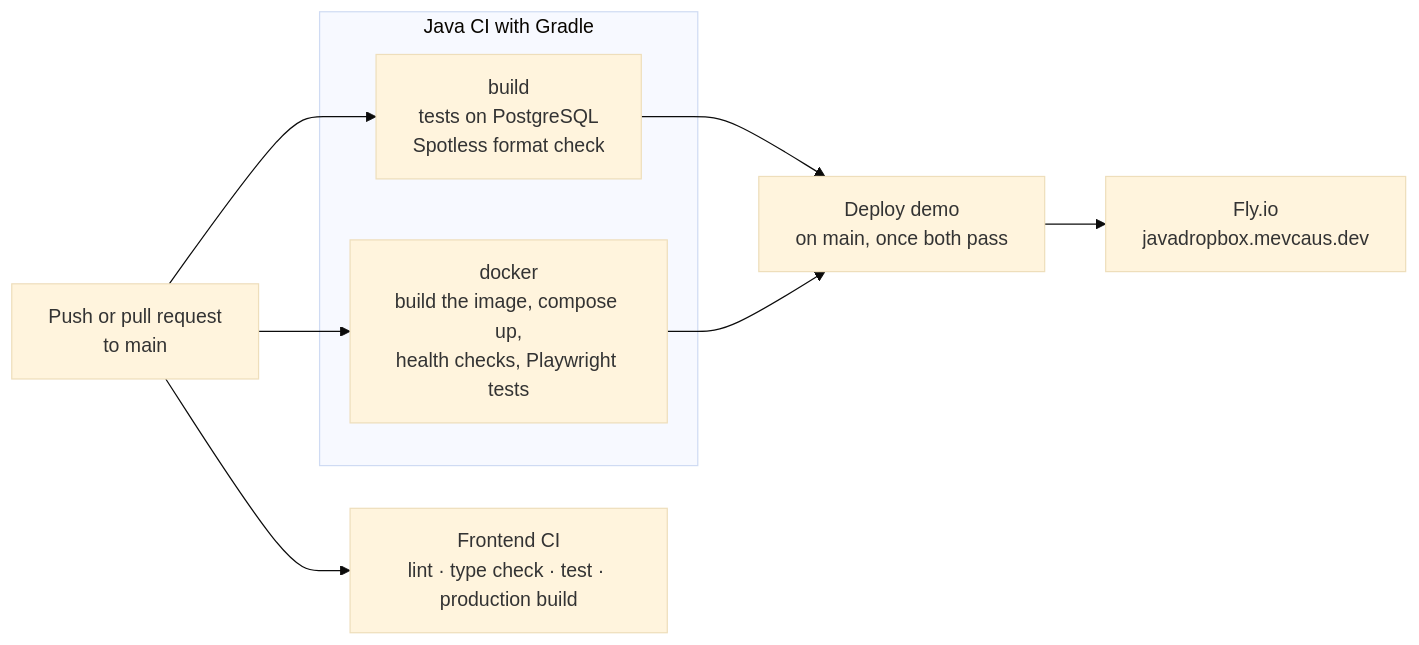
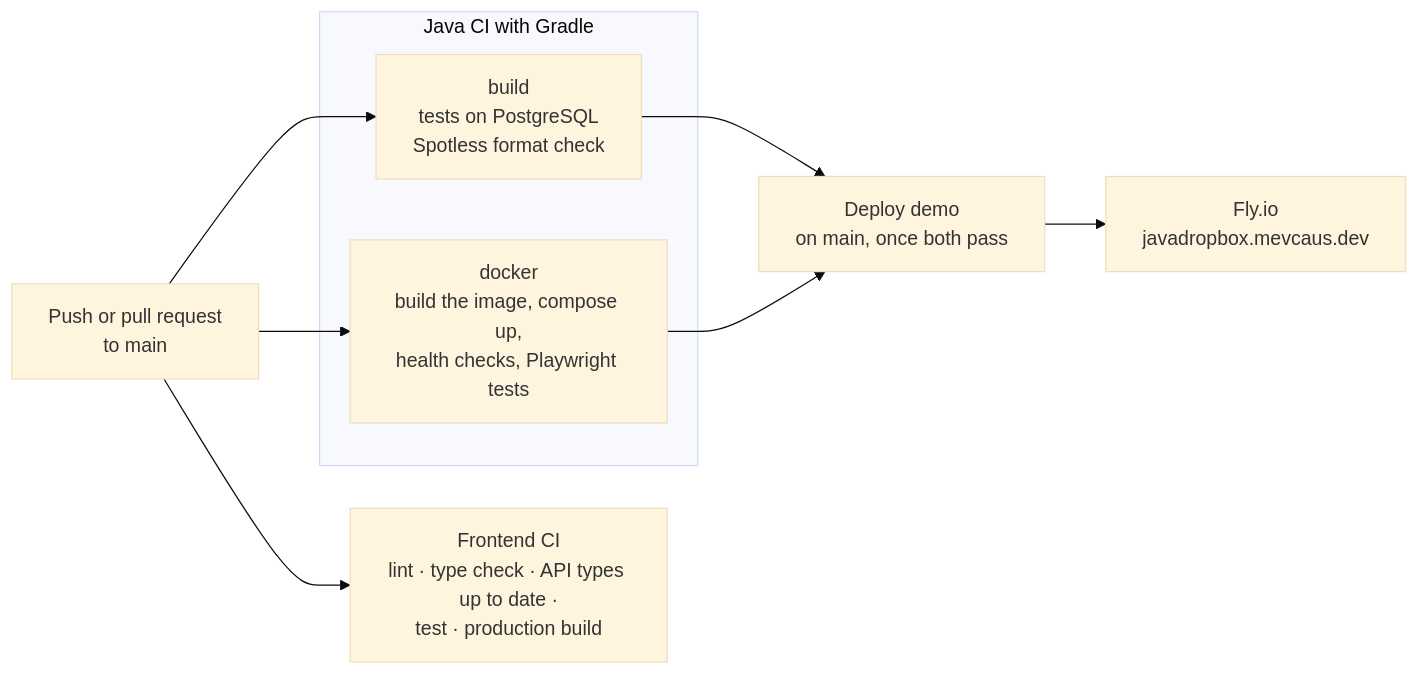
One commit to mevcaus/JavaDropbox changed the sixth of 6 diagrams in README.md. Above: the diagram before and after it, drawn with Mermaid (base theme). The commit also changed 13 other files, not shown here.

Commit message:
generate the frontend's api types from the openapi spec, and fail ci when either drifts

````diff
--- a/README.md
+++ b/README.md
@@ -360,14 +360,14 @@
 ```mermaid
 flowchart LR
     Push["Push or pull request<br/>to main"] --> Build & Docker & Frontend
 
     subgraph Gradle["Java CI with Gradle"]
         Build["build<br/>tests on PostgreSQL<br/>Spotless format check"]
         Docker["docker<br/>build the image, compose up,<br/>health checks, Playwright tests"]
     end
 
-    Frontend["Frontend CI<br/>lint · type check · test · production build"]
+    Frontend["Frontend CI<br/>lint · type check · API types up to date ·<br/>test · production build"]
 
     Build & Docker --> Deploy["Deploy demo<br/>on main, once both pass"]
     Deploy --> Fly["Fly.io<br/>javadropbox.mevcaus.dev"]
 ```
````
